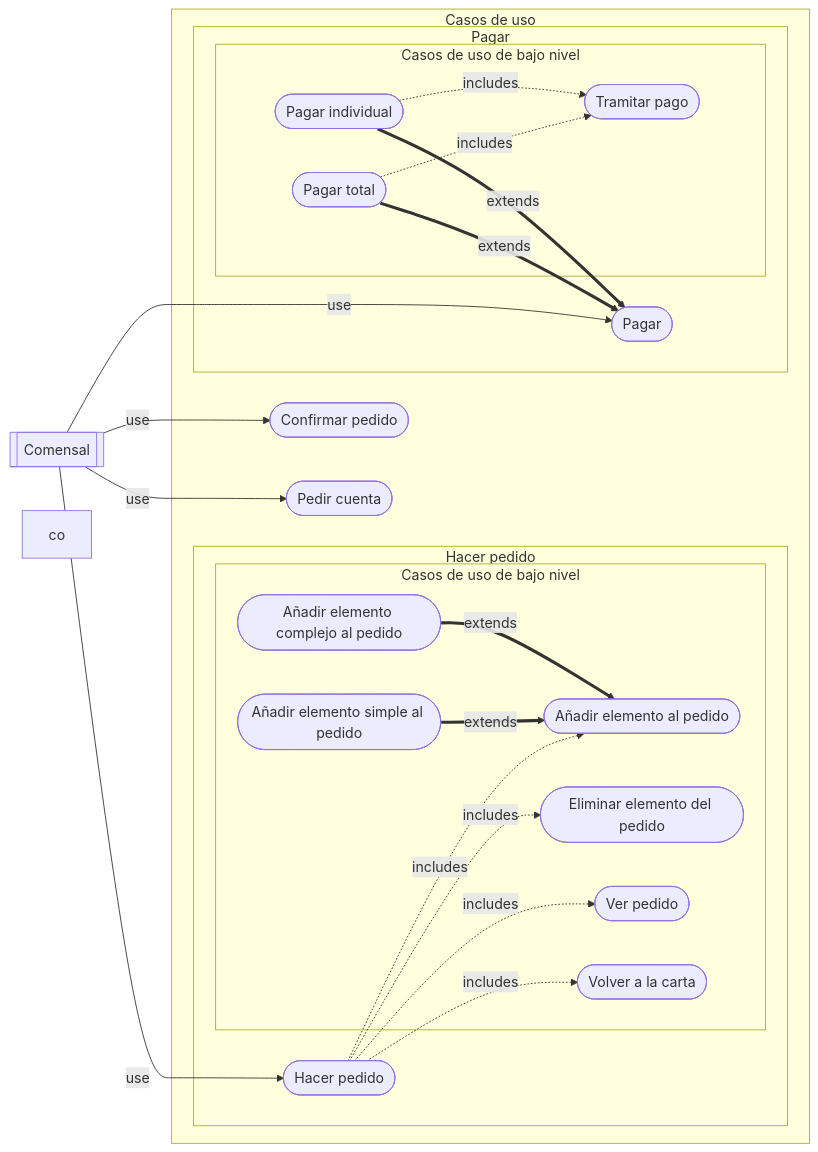
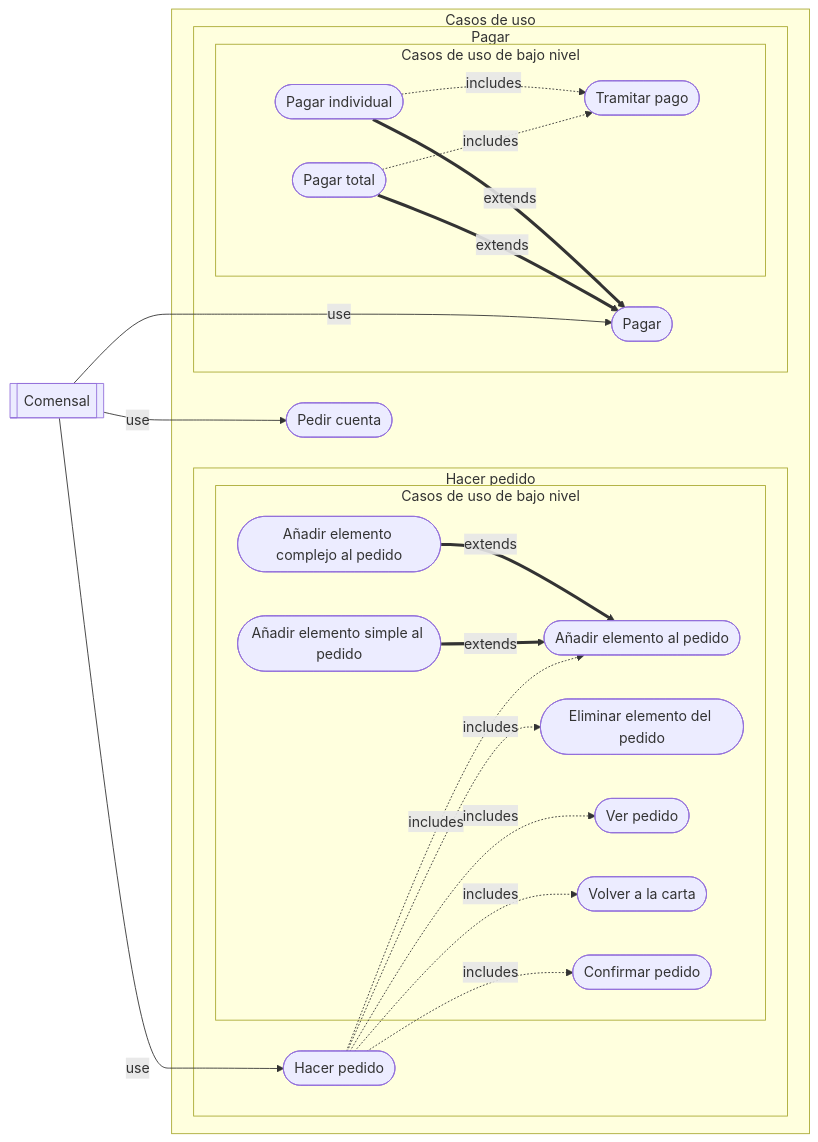
The second of 6 diagrams in documentacion/requisitos/casos_de_uso.md (pabenito/QRest), drawn with Mermaid before and after one commit. The commit also changed other lines of this file, not shown here.

Commit message:
'Confirmar pedido' dentro de 'Hacer pedido'

````diff
--- a/documentacion/requisitos/casos_de_uso.md
+++ b/documentacion/requisitos/casos_de_uso.md
@@ -93,33 +89,32 @@
 ```mermaid
 flowchart LR
   comensal[[Comensal]]
   subgraph casos_de_uso[Casos de uso]
     subgraph casos_de_uso_hacer_pedido[Hacer pedido]
       hacer_pedido([Hacer pedido])
       subgraph casos_de_uso_de_bajo_nivel_hacer_pedido[Casos de uso de bajo nivel]
         anadir_al_pedido([Añadir elemento al pedido])
         eliminar_del_pedido([Eliminar elemento del pedido])
         ver_pedido([Ver pedido])
         volver_a_la_carta([Volver a la carta])
         anadir_al_pedido_simple([Añadir elemento simple al pedido])
         anadir_al_pedido_complejo([Añadir elemento complejo al pedido])
+        confirmar_pedido([Confirmar pedido])
       end
     end
     subgraph casos_de_uso_pagar[Pagar]
       pagar([Pagar])
       subgraph casos_de_uso_de_bajo_nivel_pagar[Casos de uso de bajo nivel]
         pagar_total([Pagar total])
         pagar_individual([Pagar individual])
         tramitar_pago([Tramitar pago])
       end
     end
-    confirmar_pedido([Confirmar pedido])
     pedir_cuenta([Pedir cuenta])
   end
-  comensal --use--> hacer_pedido & confirmar_pedido & pedir_cuenta & pagar
-  hacer_pedido -.includes.-> anadir_al_pedido & eliminar_del_pedido & ver_pedido & volver_a_la_carta
-  co
+  comensal --use--> hacer_pedido & pedir_cuenta & pagar
+  hacer_pedido -.includes.-> anadir_al_pedido & eliminar_del_pedido & ver_pedido & volver_a_la_carta & confirmar_pedido
   anadir_al_pedido_simple & anadir_al_pedido_complejo ==extends==> anadir_al_pedido
   pagar_total & pagar_individual ==extends==> pagar
   pagar_total & pagar_individual -.includes.-> tramitar_pago
 ```
````
